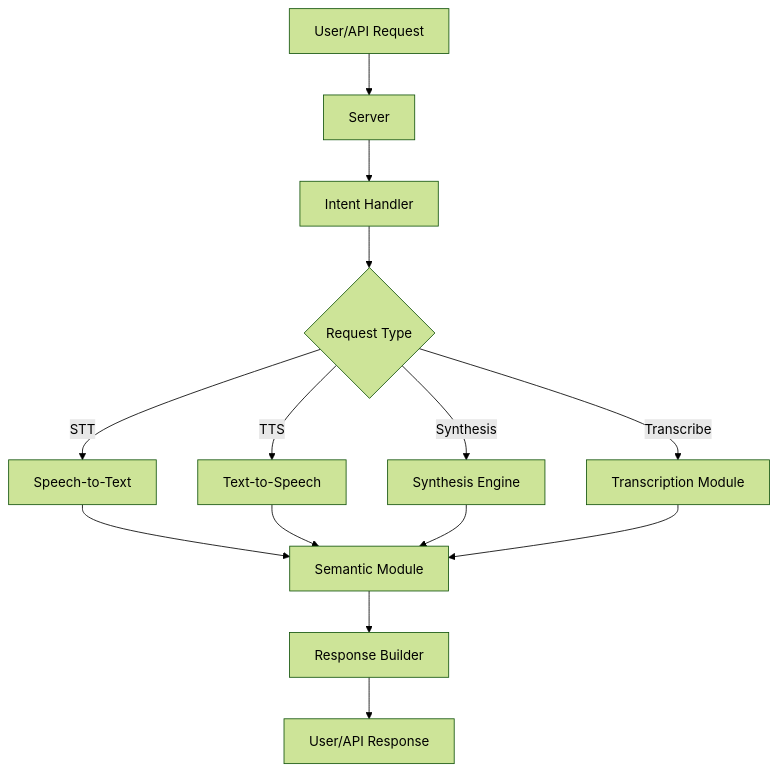
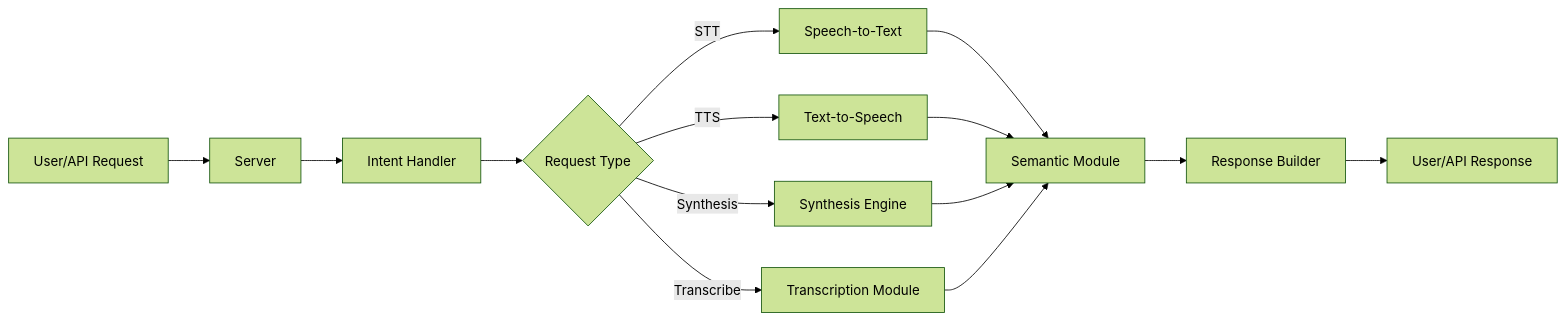
The diagram in README.md (shresthashim/elixpo_chapter), drawn with Mermaid (forest theme) before and after one commit.

Commit message:
fixed graph dir

````diff
--- a/README.md
+++ b/README.md
@@ -27,16 +27,16 @@
 ```mermaid
-flowchart TD
+flowchart LR
     A[User/API Request] --> B[Server]
     B --> C[Intent Handler]
     C --> D{Request Type}
     D -- "STT" --> E[Speech-to-Text]
     D -- "TTS" --> F[Text-to-Speech]
     D -- "Synthesis" --> G[Synthesis Engine]
     D -- "Transcribe" --> H[Transcription Module]
     E --> I[Semantic Module]
     F --> I
     G --> I
     H --> I
     I --> J[Response Builder]
     J --> K[User/API Response]
 ```
````
